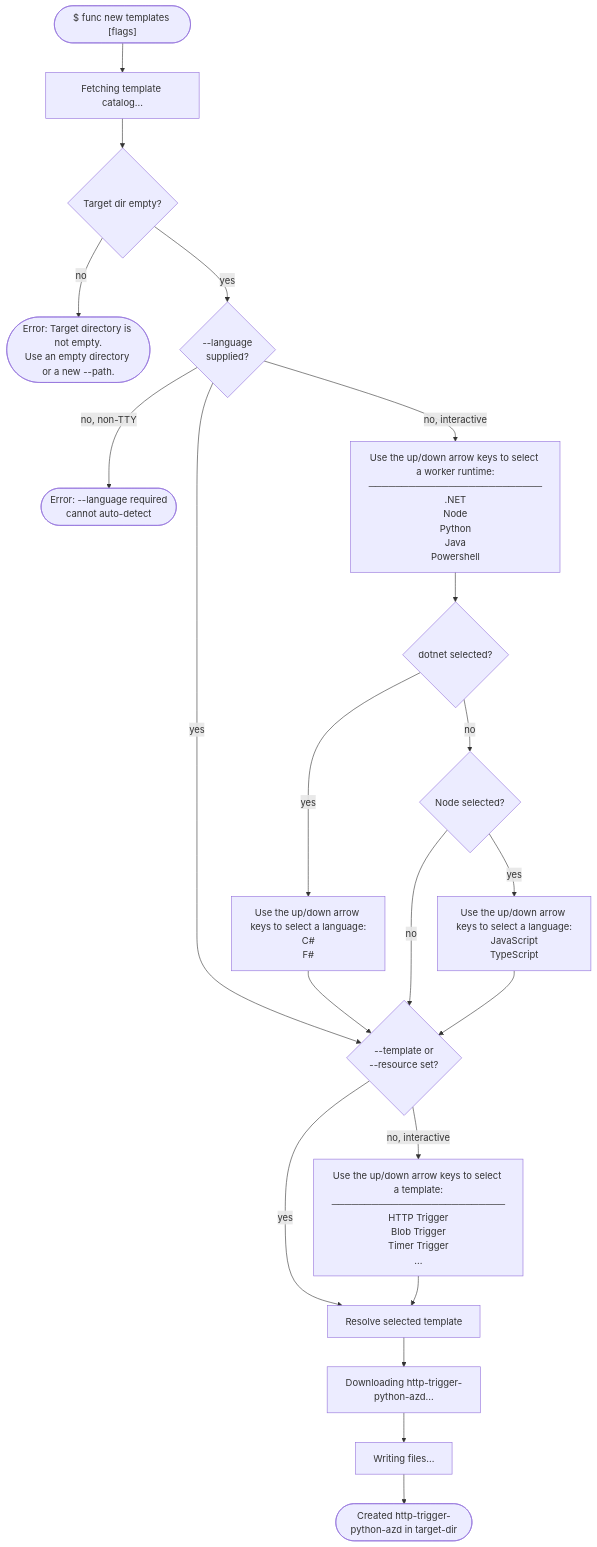
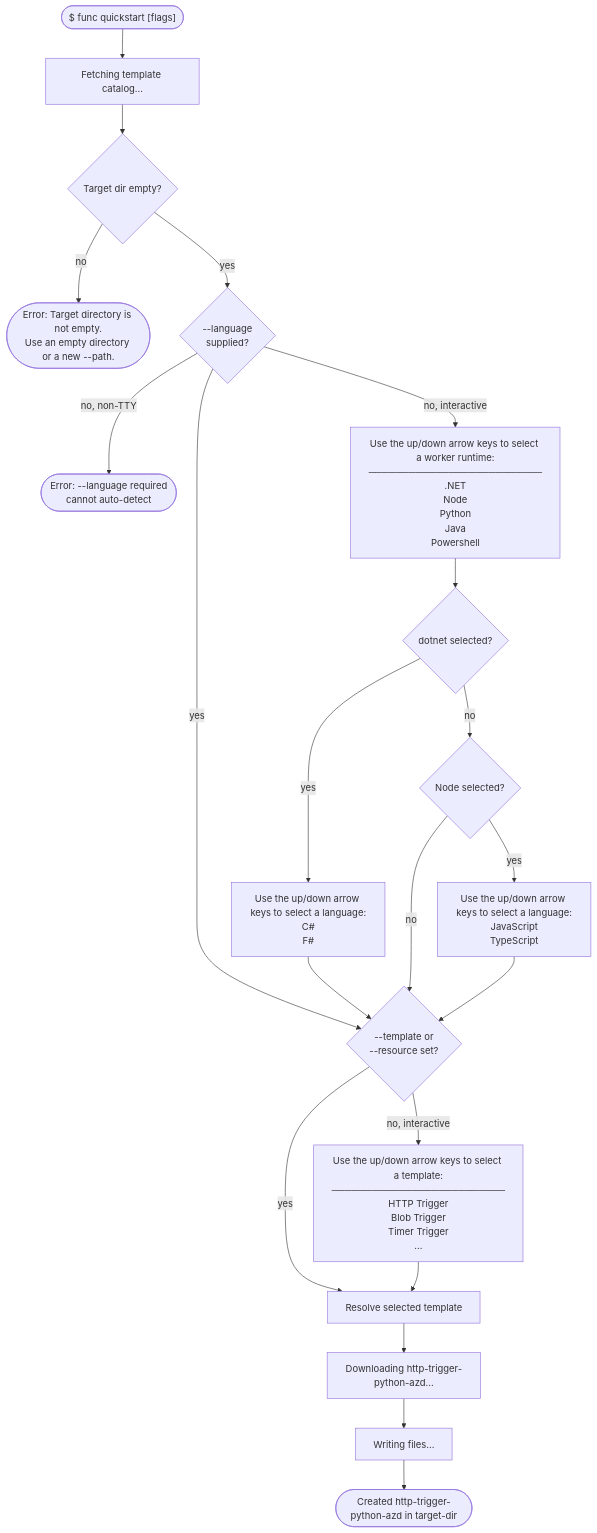
Before and after one commit to Azure/azure-functions-core-tools: the first of 4 diagrams in proposed/templates-e2e.md, drawn with Mermaid. The commit also changed other lines of this file, not shown here.

Commit message:
update to quickstart

````diff
--- a/proposed/templates-e2e.md
+++ b/proposed/templates-e2e.md
@@ -416,37 +460,37 @@
 ```mermaid
 flowchart TD
-    START(["$ func new templates [flags]"])
+    START(["$ func quickstart [flags]"])
     START --> FETCH["Fetching template catalog..."]
 
     FETCH --> DIR_ERR{"Target dir empty?"}
     DIR_ERR -- no --> DERR(["Error: Target directory is not empty.<br/>Use an empty directory or a new --path."])
     DIR_ERR -- yes --> LANG
 
     LANG{"--language<br/>supplied?"}
     LANG -- yes --> TRIG
     LANG -- "no, non-TTY" --> LERR(["Error: --language required<br/>cannot auto-detect"])
     LANG -- "no, interactive" --> LPROMPT["Use the up/down arrow keys to select a worker runtime:<br/>──────────────────────────<br/>.NET<br/>Node<br/>Python<br/>Java<br/>Powershell"]
 
     LPROMPT --> DOTNETCHECK{"dotnet selected?"}
     DOTNETCHECK -- yes --> DOTNETPROMPT["Use the up/down arrow keys to select a language:<br/>C#<br/>F#"]
     DOTNETCHECK -- no --> NODECHECK
     DOTNETPROMPT --> TRIG
 
     NODECHECK{"Node selected?"}
     NODECHECK -- yes --> NODEPROMPT["Use the up/down arrow keys to select a language:<br/>JavaScript<br/>TypeScript"]
     NODECHECK -- no --> TRIG
     NODEPROMPT --> TRIG
 
     TRIG{"--template or<br/>--resource set?"}
     TRIG -- yes --> NAME
     TRIG -- "no, interactive" --> TPROMPT["Use the up/down arrow keys to select a template:<br/>──────────────────────────<br/>HTTP Trigger<br/>Blob Trigger<br/>Timer Trigger<br/>..."]
 
     TPROMPT --> NAME
 
     NAME["Resolve selected template"] --> DOWNLOAD
 
     DOWNLOAD["Downloading http-trigger-python-azd..."]
     DOWNLOAD --> WRITE["Writing files..."]
 
     WRITE --> SUCCESS(["Created http-trigger-python-azd in target-dir"])
 ```
````
